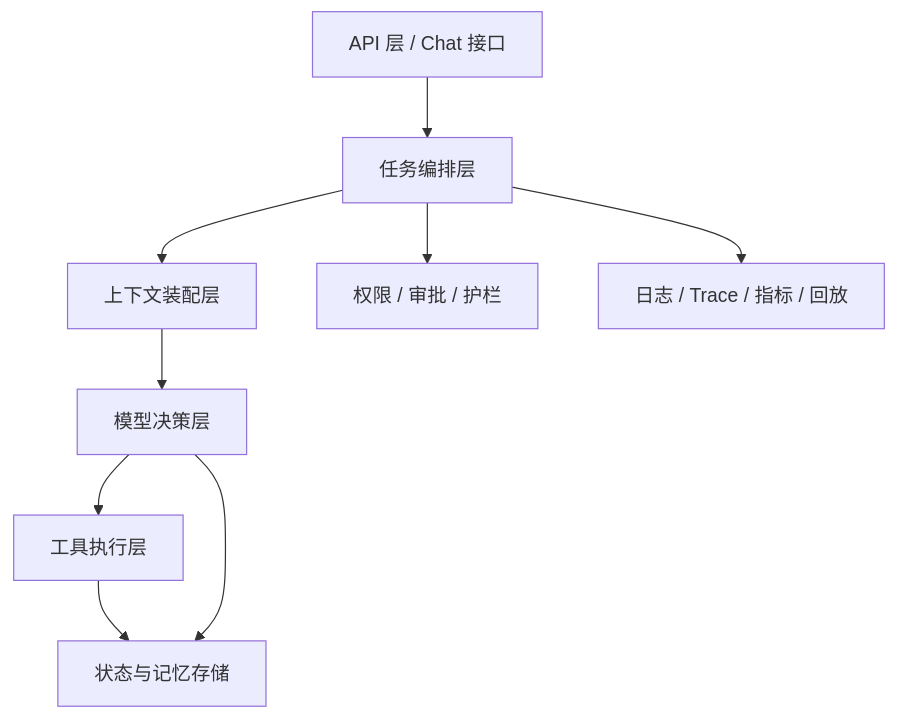
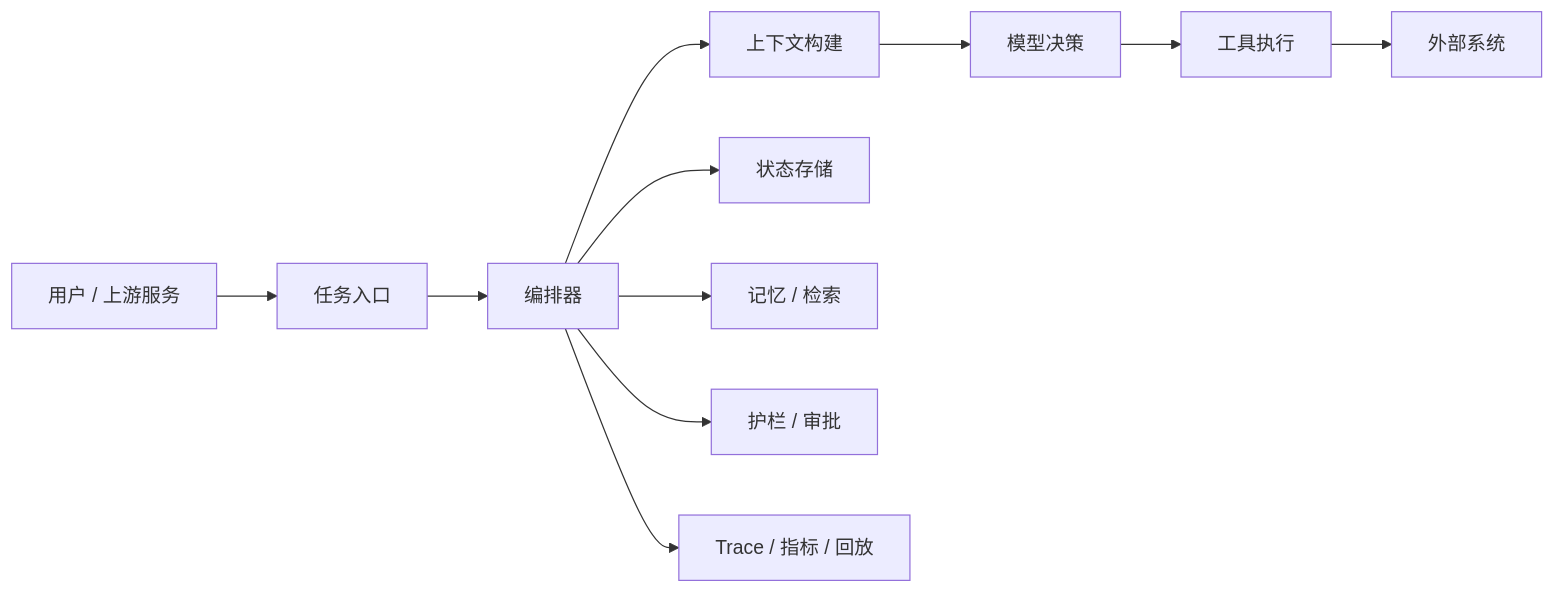
One commit to qxq1997/learning_stuff changed the second of 2 diagrams in AI Agent/07_工程实现：单 Agent 服务的后端架构怎么设计.md. Above: the diagram before and after it, drawn with Mermaid. The commit also changed other lines of this file and 6 other files, not shown here.

````diff
--- a/AI Agent/07_工程实现：单 Agent 服务的后端架构怎么设计.md
+++ b/AI Agent/07_工程实现：单 Agent 服务的后端架构怎么设计.md
@@ -39,11 +412,13 @@
 ```mermaid
-flowchart TD
-    A["API 层 / Chat 接口"] --> B["任务编排层"]
-    B --> C["上下文装配层"]
-    C --> D["模型决策层"]
-    D --> E["工具执行层"]
-    E --> F["状态与记忆存储"]
-    D --> F
-    B --> G["权限 / 审批 / 护栏"]
-    B --> H["日志 / Trace / 指标 / 回放"]
+flowchart LR
+    A["用户 / 上游服务"] --> B["任务入口"]
+    B --> C["编排器"]
+    C --> D["上下文构建"]
+    D --> E["模型决策"]
+    E --> F["工具执行"]
+    F --> G["外部系统"]
+    C --> H["状态存储"]
+    C --> I["记忆 / 检索"]
+    C --> J["护栏 / 审批"]
+    C --> K["Trace / 指标 / 回放"]
 ```
````
